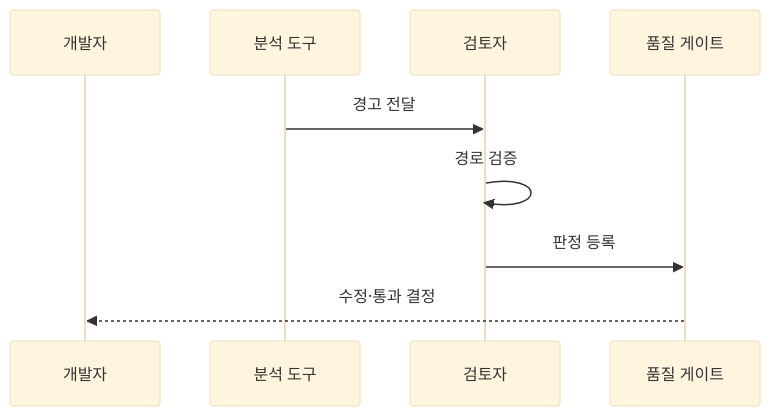
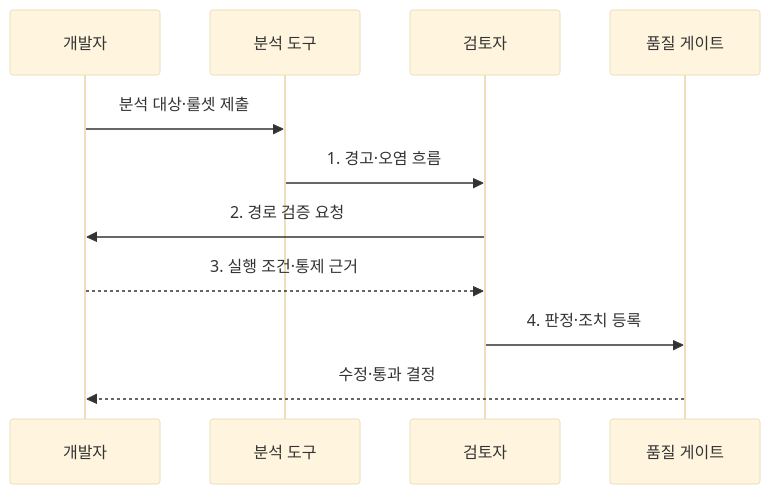
One commit to agnusdei1207/knowledge-base changed the second of 2 diagrams in src/content/docs/notes/06-evaluation/036_static_analysis_interpretation.md. Above: the diagram before and after it, drawn with Mermaid (base theme). The commit also changed other lines of this file and 9 other files, not shown here.

````diff
--- a/src/content/docs/notes/06-evaluation/036_static_analysis_interpretation.md
+++ b/src/content/docs/notes/06-evaluation/036_static_analysis_interpretation.md
@@ -83,11 +87,13 @@
 ```mermaid
 sequenceDiagram
     participant D as 개발자
     participant T as 분석 도구
     participant R as 검토자
     participant G as 품질 게이트
-    T->>R: 경고 전달
-    R->>R: 경로 검증
-    R->>G: 판정 등록
+    D->>T: 분석 대상·룰셋 제출
+    T->>R: 1. 경고·오염 흐름
+    R->>D: 2. 경로 검증 요청
+    D-->>R: 3. 실행 조건·통제 근거
+    R->>G: 4. 판정·조치 등록
     G-->>D: 수정·통과 결정
 ```
````
